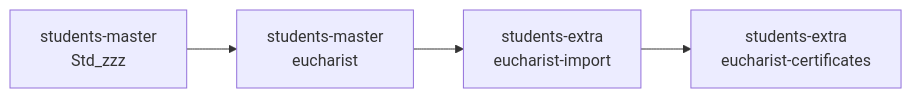
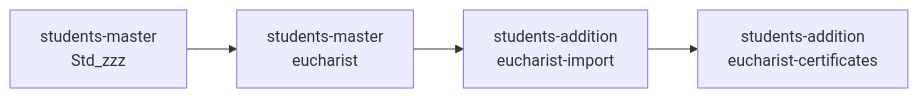
The third of 5 diagrams in admin-README.md (hungple/GLVN-database), drawn with Mermaid before and after one commit. The commit also changed other lines of this file, not shown here.

````diff
--- a/admin-README.md
+++ b/admin-README.md
@@ -179,11 +179,11 @@
 ```mermaid
 flowchart LR
     A["students-master<br/>Std_zzz"]
     B["students-master<br/>eucharist"]
-    C["students-extra<br/>eucharist-import"]
-    D["students-extra<br/>eucharist-certificates"]
+    C["students-addition<br/>eucharist-import"]
+    D["students-addition<br/>eucharist-certificates"]
 
     A --> B
     B --> C
     C --> D
 ```
````
